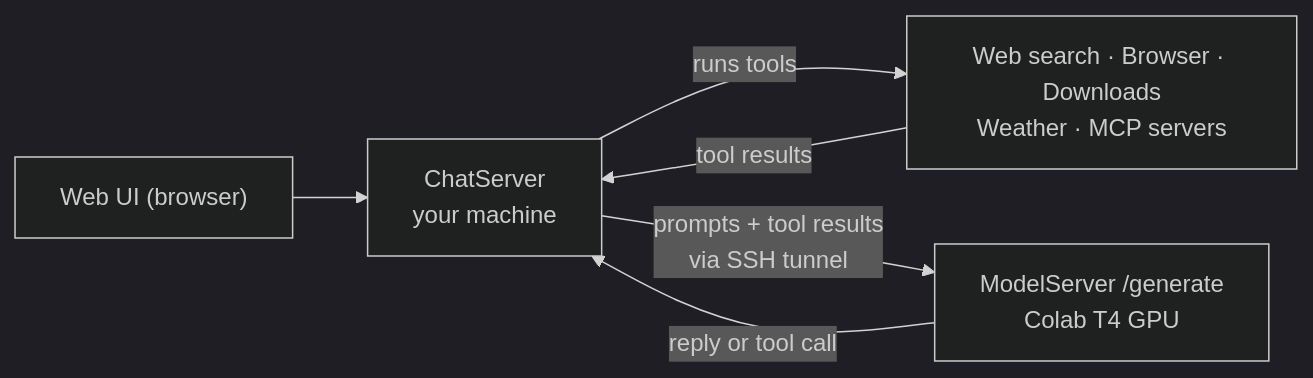
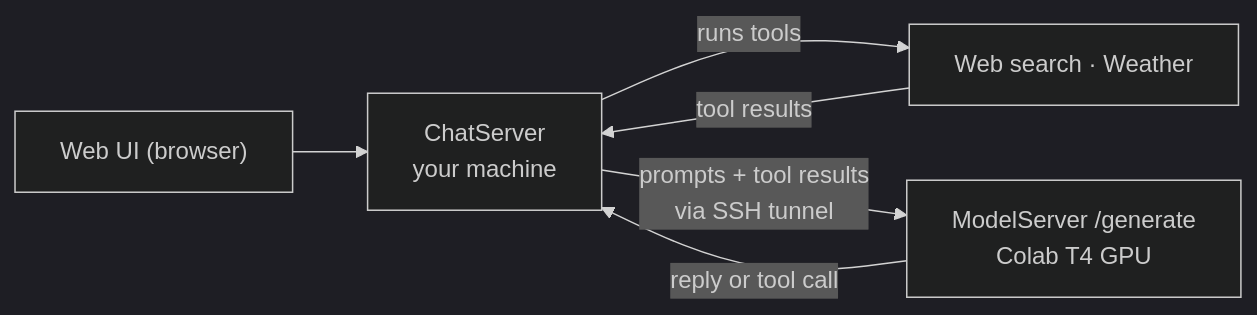
Before and after one commit to IshvaraX/JERN: the diagram in README.md, drawn with Mermaid (dark theme). The commit also changed other lines of this file and 25 other files, not shown here.

````diff
--- a/README.md
+++ b/README.md
@@ -23,8 +23,8 @@
 ```mermaid
 flowchart LR
     UI["Web UI (browser)"] --> Chat["ChatServer<br/>your machine"]
-    Chat -->|"runs tools"| Tools["Web search · Browser · Downloads<br/>Weather · MCP servers"]
+    Chat -->|"runs tools"| Tools["Web search · Weather"]
     Tools -->|"tool results"| Chat
     Chat -->|"prompts + tool results<br/>via SSH tunnel"| Model["ModelServer /generate<br/>Colab T4 GPU"]
     Model -->|"reply or tool call"| Chat
 ```
````
